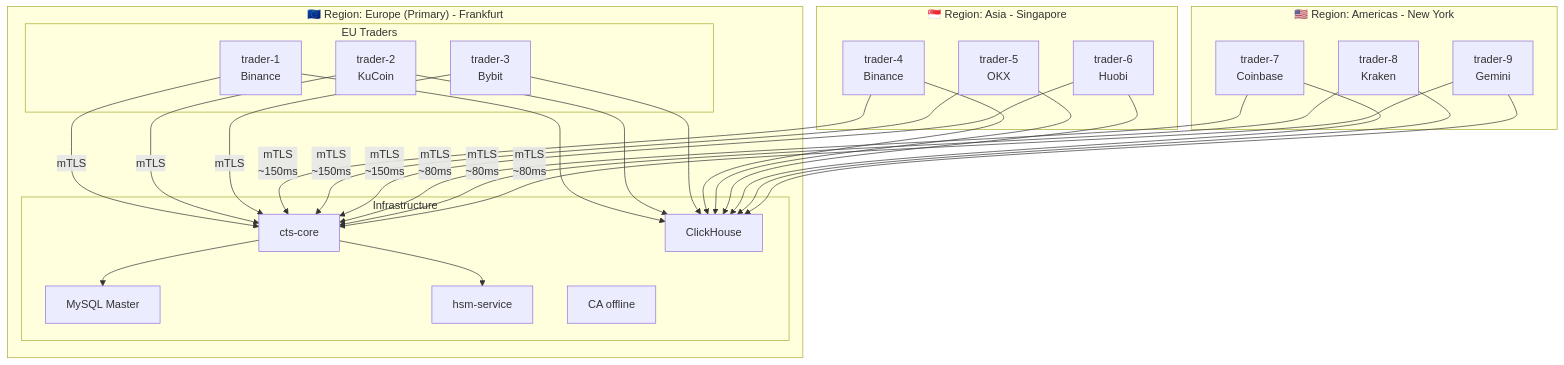
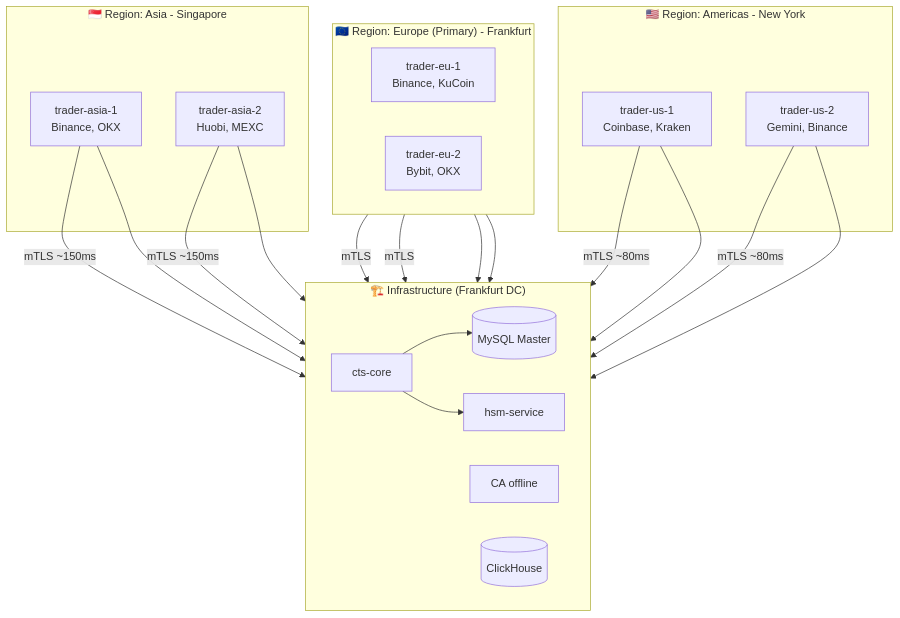
Before and after one commit to titaev-lv/cts-core: the second of 12 diagrams in ARCHITECTURE.md, drawn with Mermaid. The commit also changed other lines of this file and 2 other files, not shown here.

````diff
--- a/ARCHITECTURE.md
+++ b/ARCHITECTURE.md
@@ -231,37 +239,43 @@
 ```mermaid
 flowchart TB
     subgraph EU["🇪🇺 Region: Europe (Primary) - Frankfurt"]
-        subgraph INFRA["Infrastructure"]
-            CTS[cts-core]
-            MYSQL[MySQL Master]
-            HSM[hsm-service]
-            CA[CA offline]
-            CH[ClickHouse]
-        end
-        subgraph EU_TRADERS["EU Traders"]
-            T1[trader-1<br/>Binance]
-            T2[trader-2<br/>KuCoin]
-            T3[trader-3<br/>Bybit]
-        end
+        direction LR
+        T1[trader-eu-1<br/>Binance, KuCoin]
+        T2[trader-eu-2<br/>Bybit, OKX]
+    end
+    
+    subgraph INFRA["🏗️ Infrastructure (Frankfurt DC)"]
+        direction LR
+        CTS[cts-core]
+        MYSQL[(MySQL Master)]
+        HSM[hsm-service]
+        CA[CA offline]
+        CH[(ClickHouse)]
+    end
+    
+    subgraph US["🇺🇸 Region: Americas - New York"]
+        T5[trader-us-1<br/>Coinbase, Kraken]
+        T6[trader-us-2<br/>Gemini, Binance]
     end
     
     subgraph ASIA["🇸🇬 Region: Asia - Singapore"]
-        T4[trader-4<br/>Binance]
-        T5[trader-5<br/>OKX]
-        T6[trader-6<br/>Huobi]
+        T3[trader-asia-1<br/>Binance, OKX]
+        T4[trader-asia-2<br/>Huobi, MEXC]
     end
     
-    subgraph US["🇺🇸 Region: Americas - New York"]
-        T7[trader-7<br/>Coinbase]
-        T8[trader-8<br/>Kraken]
-        T9[trader-9<br/>Gemini]
-    end
+    %% EU connections
+    T1 & T2 -->|mTLS| CTS
     
-    T1 & T2 & T3 -->|mTLS| CTS
-    T4 & T5 & T6 -->|mTLS<br/>~150ms| CTS
-    T7 & T8 & T9 -->|mTLS<br/>~80ms| CTS
+    %% US connections  
+    T5 & T6 -->|mTLS ~80ms| CTS
     
+    %% Asia connections
+    T3 & T4 -->|mTLS ~150ms| CTS
+    
+    %% Infrastructure internal
     CTS --> MYSQL
     CTS --> HSM
-    T1 & T2 & T3 & T4 & T5 & T6 & T7 & T8 & T9 --> CH
+    
+    %% All traders to ClickHouse
+    T1 & T2 & T3 & T4 & T5 & T6 --> CH
 ```
````
